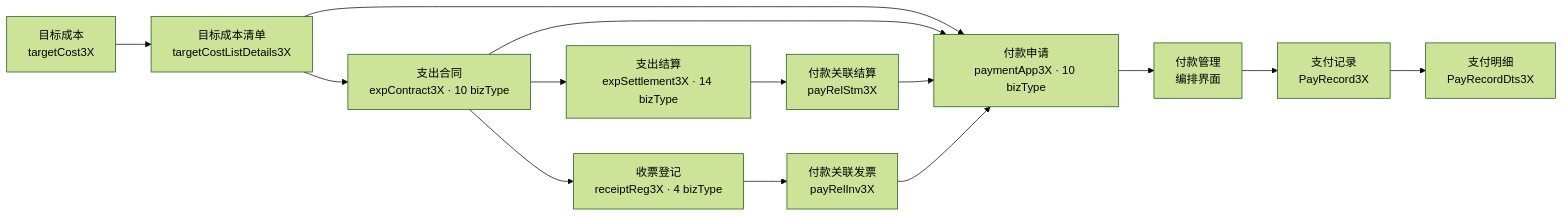
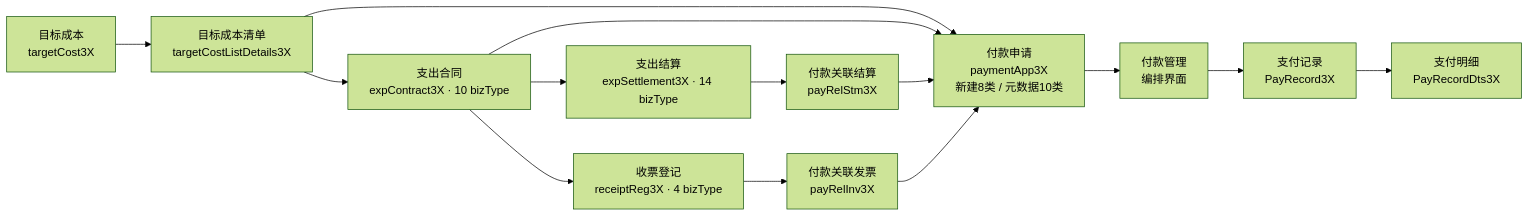
One commit to zodea/crm-new changed the second of 5 diagrams in 红圈系统/业务流转.md. Above: the diagram before and after it, drawn with Mermaid (forest theme). The commit also changed other lines of this file, not shown here.

````diff
--- a/红圈系统/业务流转.md
+++ b/红圈系统/业务流转.md
@@ -94,16 +92,16 @@
 ```mermaid
 flowchart LR
   A["目标成本<br/>targetCost3X"] --> A1["目标成本清单<br/>targetCostListDetails3X"]
   A1 --> B["支出合同<br/>expContract3X · 10 bizType"]
   B --> C["支出结算<br/>expSettlement3X · 14 bizType"]
   B --> D["收票登记<br/>receiptReg3X · 4 bizType"]
-  A1 --> E["付款申请<br/>paymentApp3X · 10 bizType"]
+  A1 --> E["付款申请<br/>paymentApp3X<br/>新建8类 / 元数据10类"]
   B --> E
   C --> F["付款关联结算<br/>payRelStm3X"]
   D --> G["付款关联发票<br/>payRelInv3X"]
   F --> E
   G --> E
   E --> H["付款管理<br/>编排界面"]
   H --> I["支付记录<br/>PayRecord3X"]
   I --> I1["支付明细<br/>PayRecordDts3X"]
 ```
````
